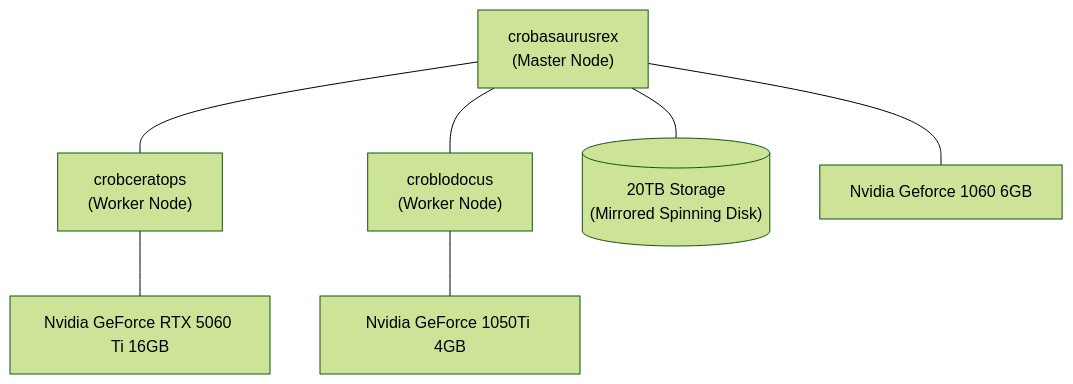
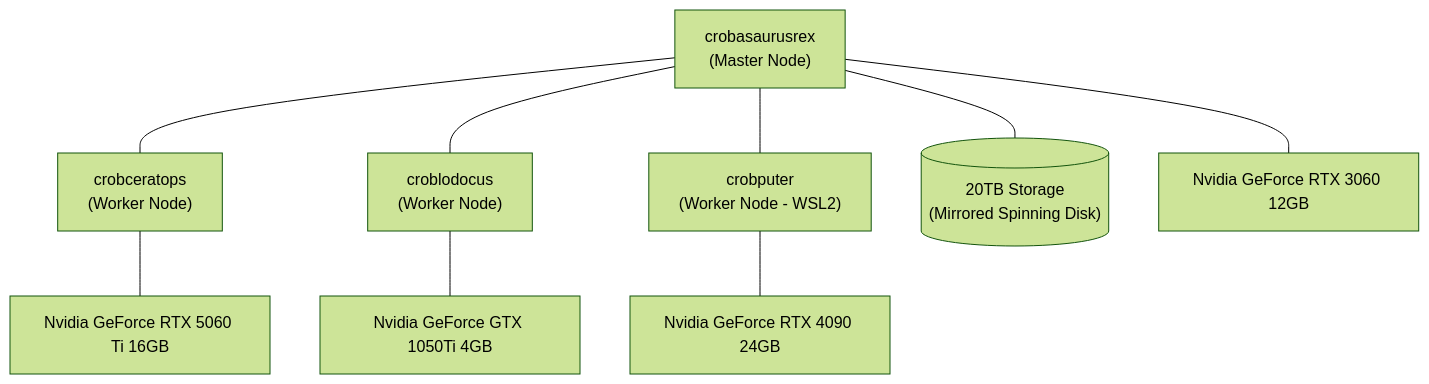
Before and after one commit to ryanbeales/personal-k8s-config: the diagram in README.md, drawn with Mermaid (forest theme). The commit also changed other lines of this file and 1 other file, not shown here.

Commit message:
docs: update cluster hardware diagram and host specs in README

````diff
--- a/README.md
+++ b/README.md
@@ -93,13 +93,16 @@
 ```mermaid
 graph TD
     M["crobasaurusrex<br/>(Master Node)"]
     W1["crobceratops<br/>(Worker Node)"]
     W2["croblodocus<br/>(Worker Node)"]
+    W3["crobputer<br/>(Worker Node - WSL2)"]
 
     M --- Storage[("20TB Storage<br/>(Mirrored Spinning Disk)")]
-    M --- G1["Nvidia Geforce 1060 6GB"]
+    M --- G1["Nvidia GeForce RTX 3060 12GB"]
     W1 --- G2["Nvidia GeForce RTX 5060 Ti 16GB"]
-    W2 --- G3["Nvidia GeForce 1050Ti 4GB"]
+    W2 --- G3["Nvidia GeForce GTX 1050Ti 4GB"]
+    W3 --- G4["Nvidia GeForce RTX 4090 24GB"]
     M --- W1
     M --- W2
+    M --- W3
 ```
````
